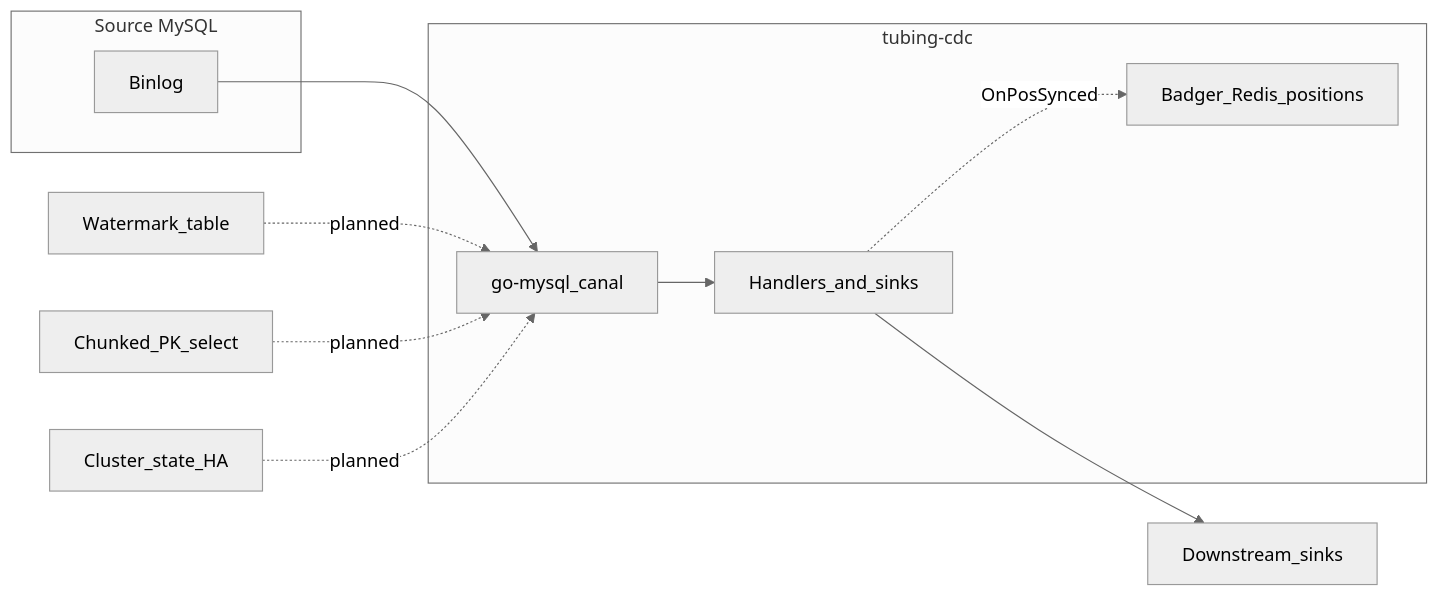
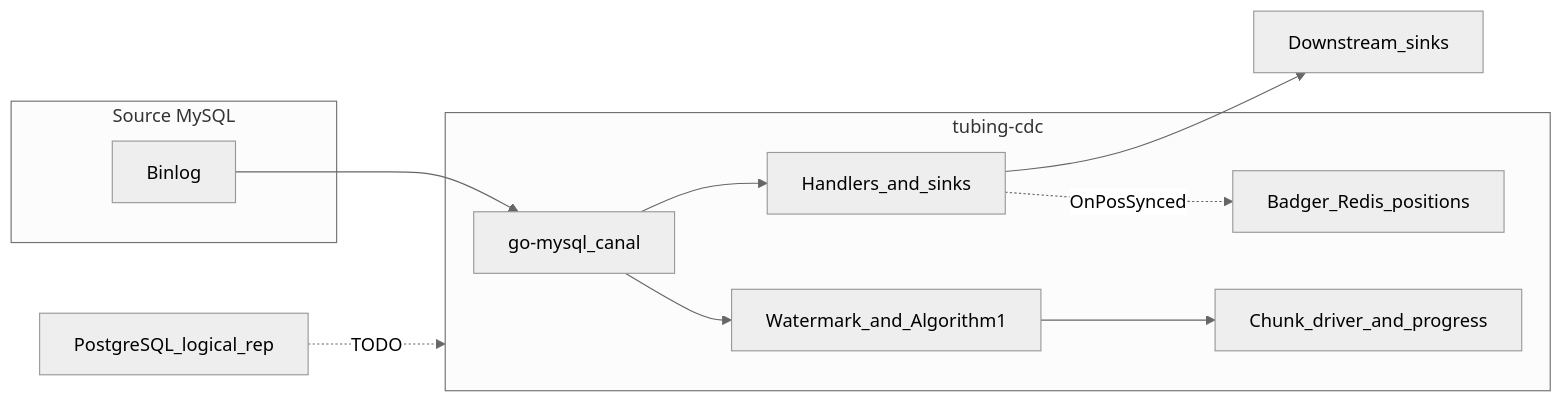
Before and after one commit to tubing-data/tubing-cdc: the diagram in docs/coverage-vs-dblog.md, drawn with Mermaid (neutral theme). The commit also changed other lines of this file and 11 other files, not shown here.

````diff
--- a/docs/coverage-vs-dblog.md
+++ b/docs/coverage-vs-dblog.md
@@ -18,22 +18,22 @@
 ```mermaid
 flowchart LR
   subgraph source [Source MySQL]
     Binlog[Binlog]
   end
   subgraph tubing [tubing-cdc]
     Canal[go-mysql_canal]
     Handlers[Handlers_and_sinks]
     PosStore[Badger_Redis_positions]
+    WM[Watermark_and_Algorithm1]
+    Chunk[Chunk_driver_and_progress]
   end
   Sinks[Downstream_sinks]
   Binlog --> Canal
   Canal --> Handlers
+  Canal --> WM
+  WM --> Chunk
   Handlers --> Sinks
   Handlers -.->|OnPosSynced| PosStore
-  WatermarkTable[Watermark_table]
-  ChunkSelect[Chunked_PK_select]
-  ClusterState[Cluster_state_HA]
-  WatermarkTable -.->|planned| Canal
-  ChunkSelect -.->|planned| Canal
-  ClusterState -.->|planned| Canal
+  OtherEngines[PostgreSQL_logical_rep]
+  OtherEngines -.->|TODO| tubing
 ```
````
